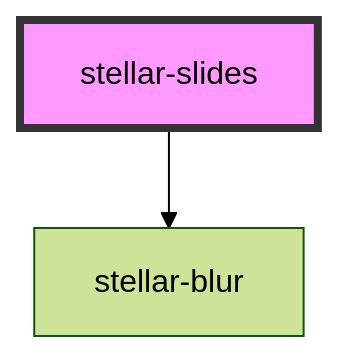
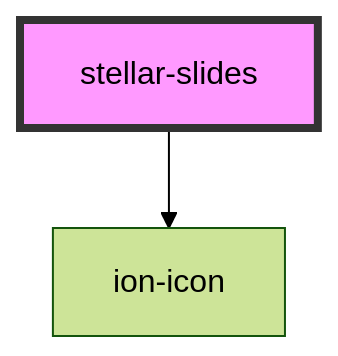
Before and after one commit to splitinfinities/Stellar: the diagram in src/components/motion/slides/readme.md, drawn with Mermaid (forest theme). The commit also changed other lines of this file and 25 other files, not shown here.

````diff
--- a/src/components/motion/slides/readme.md
+++ b/src/components/motion/slides/readme.md
@@ -443,5 +23,5 @@
 ```mermaid
 graph TD;
-  stellar-slides --> stellar-blur
+  stellar-slides --> ion-icon
   style stellar-slides fill:#f9f,stroke:#333,stroke-width:4px
 ```
````
